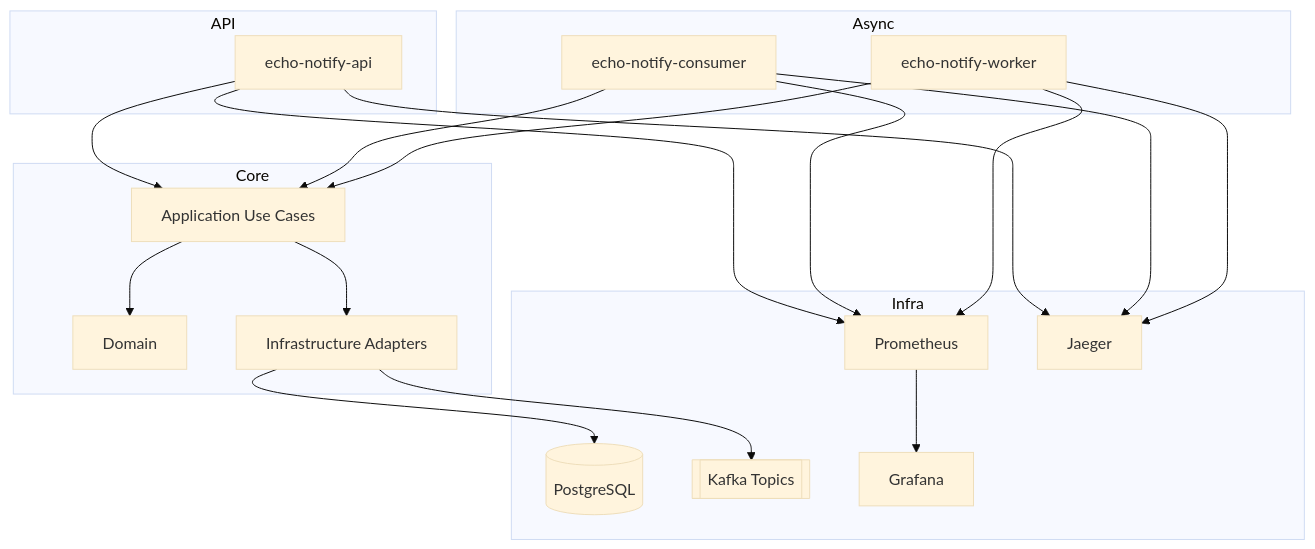
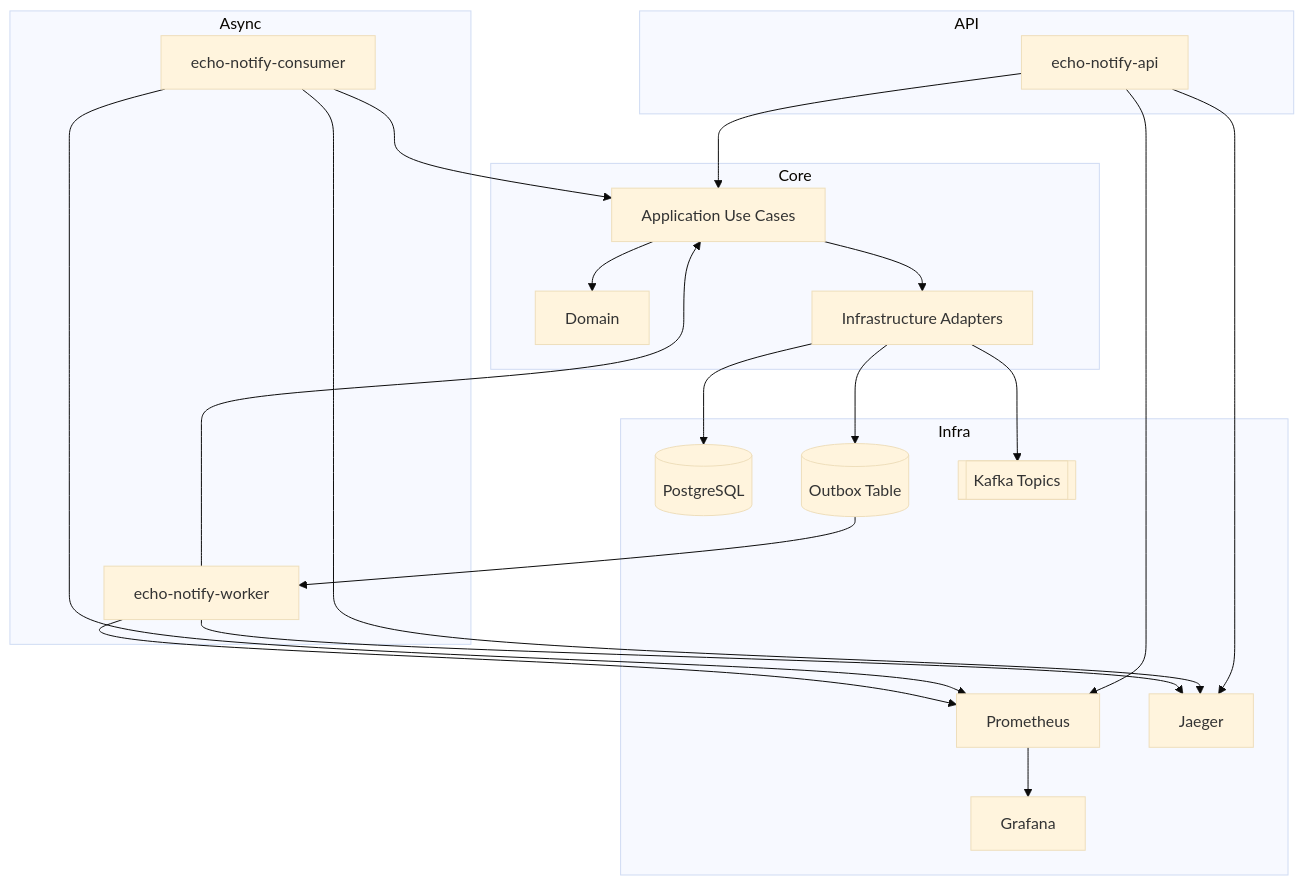
Before and after one commit to Hardtalinne/echo-notify: the diagram in docs-public/architecture-diagram.md, drawn with Mermaid (base theme). The commit also changed other lines of this file and 5 other files, not shown here.

````diff
--- a/docs-public/architecture-diagram.md
+++ b/docs-public/architecture-diagram.md
@@ -13,40 +14,43 @@
 ```mermaid
 flowchart TD
   subgraph API
     A1[echo-notify-api]
   end
 
   subgraph Core
     B1[Domain]
     B2[Application Use Cases]
     B3[Infrastructure Adapters]
   end
 
   subgraph Async
     C1[echo-notify-consumer]
     C2[echo-notify-worker]
   end
 
   subgraph Infra
     D1[(PostgreSQL)]
+    D6[(Outbox Table)]
     D2[[Kafka Topics]]
     D3[Prometheus]
     D4[Grafana]
     D5[Jaeger]
   end
 
   A1 --> B2
   B2 --> B1
   B2 --> B3
   B3 --> D1
+  B3 --> D6
+  D6 --> C2
   B3 --> D2
   C1 --> B2
   C2 --> B2
   A1 --> D3
   C1 --> D3
   C2 --> D3
   D3 --> D4
   A1 --> D5
   C1 --> D5
   C2 --> D5
 ```
````
